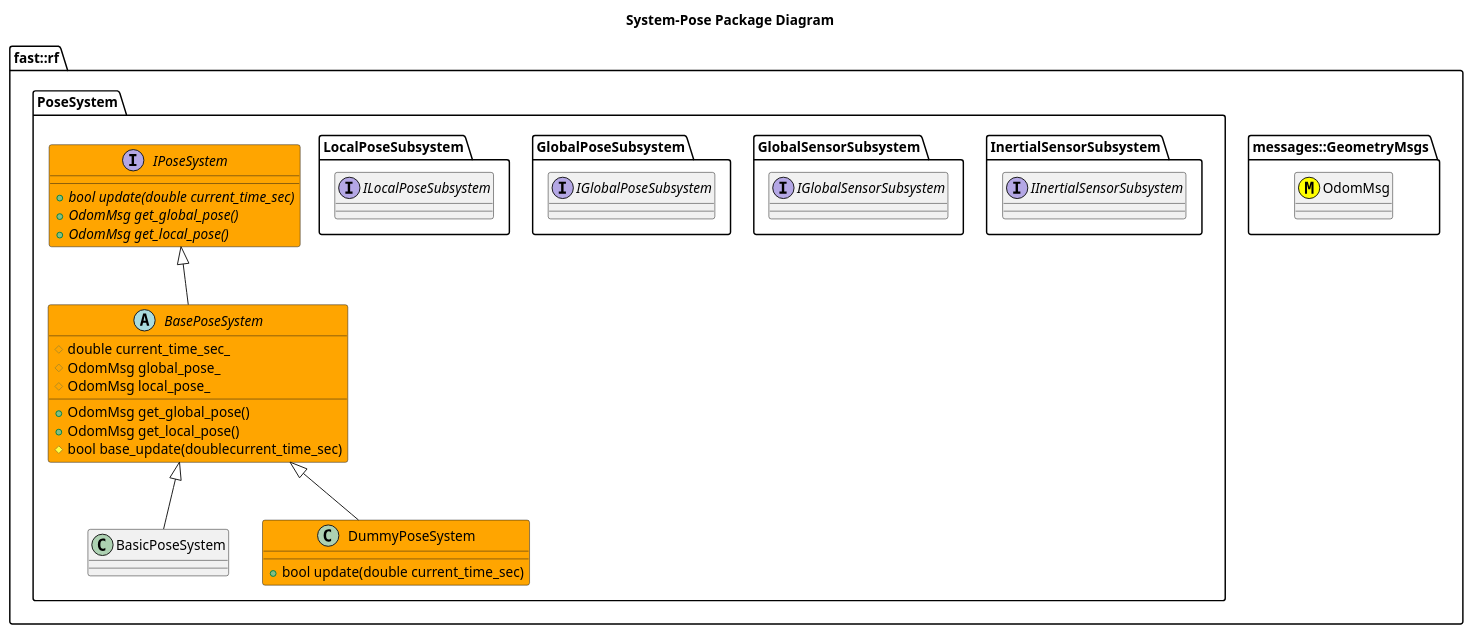
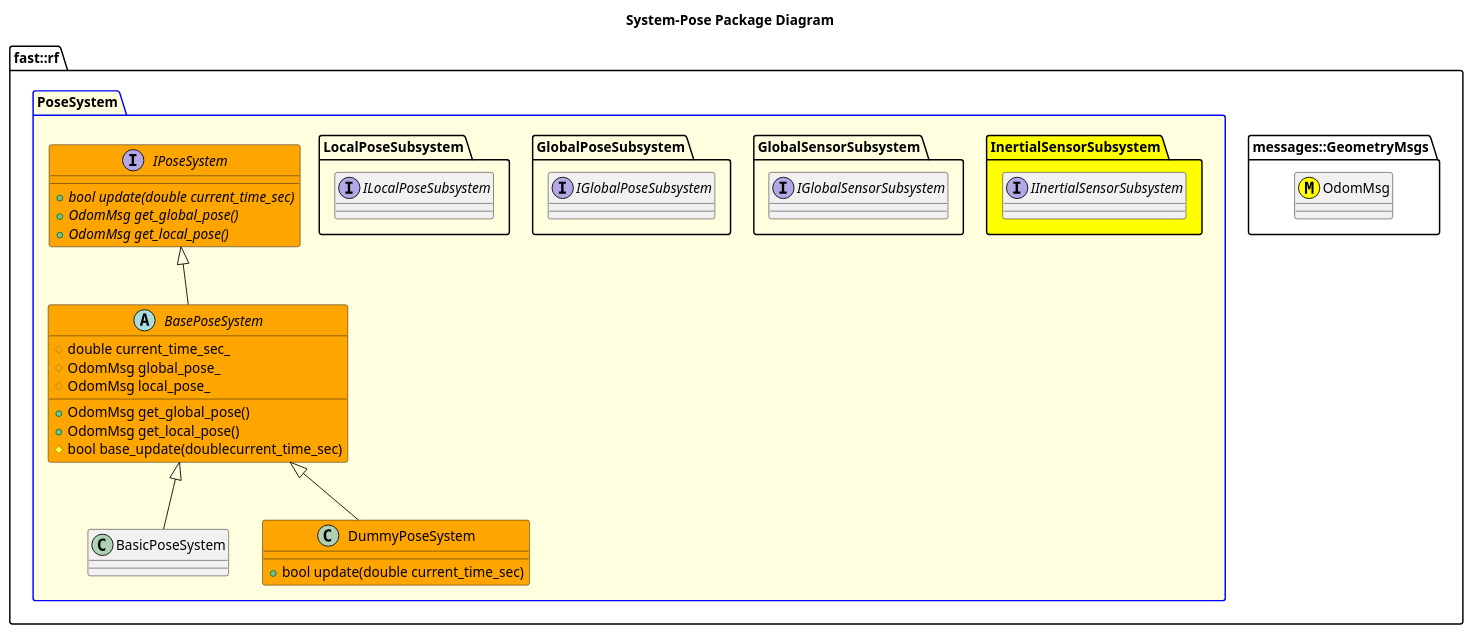
The diagram in Systems/Pose/doc/puml/SystemPosePackageDiagram.puml (fastrobotics/robot_framework), drawn with PlantUML before and after one commit. The commit also changed 53 other files, not shown here.

```diff
--- a/Systems/Pose/doc/puml/SystemPosePackageDiagram.puml
+++ b/Systems/Pose/doc/puml/SystemPosePackageDiagram.puml
@@ -1,47 +1,47 @@
 @startuml
 title System-Pose Package Diagram
 
 namespace fast::rf {
   namespace messages::GeometryMsgs {
     class OdomMsg <<(M,#FFFF00) >>
   }
-  namespace PoseSystem {
-    namespace InertialSensorSubsystem {
+  package PoseSystem #LightYellow;line:blue {
+    namespace InertialSensorSubsystem #Yellow {
       interface IInertialSensorSubsystem
 
     }
     namespace GlobalSensorSubsystem {
       interface IGlobalSensorSubsystem
     }
     namespace GlobalPoseSubsystem {
       interface IGlobalPoseSubsystem
     }
     namespace LocalPoseSubsystem {
       interface ILocalPoseSubsystem
     }
-    
+
     interface IPoseSystem #Orange {
       +{abstract} bool update(double current_time_sec)
       +{abstract} OdomMsg get_global_pose()
       +{abstract} OdomMsg get_local_pose()
     }
     abstract BasePoseSystem #Orange {
       +OdomMsg get_global_pose()
       +OdomMsg get_local_pose()
       #bool base_update(doublecurrent_time_sec)
       #double current_time_sec_
       #OdomMsg global_pose_
       #OdomMsg local_pose_
     }
     IPoseSystem <|-- BasePoseSystem
     class BasicPoseSystem {
 
     }
     BasePoseSystem <|-- BasicPoseSystem
     class DummyPoseSystem #Orange {
       +bool update(double current_time_sec)
     }
     BasePoseSystem <|-- DummyPoseSystem
   }
 }
 @enduml
```
